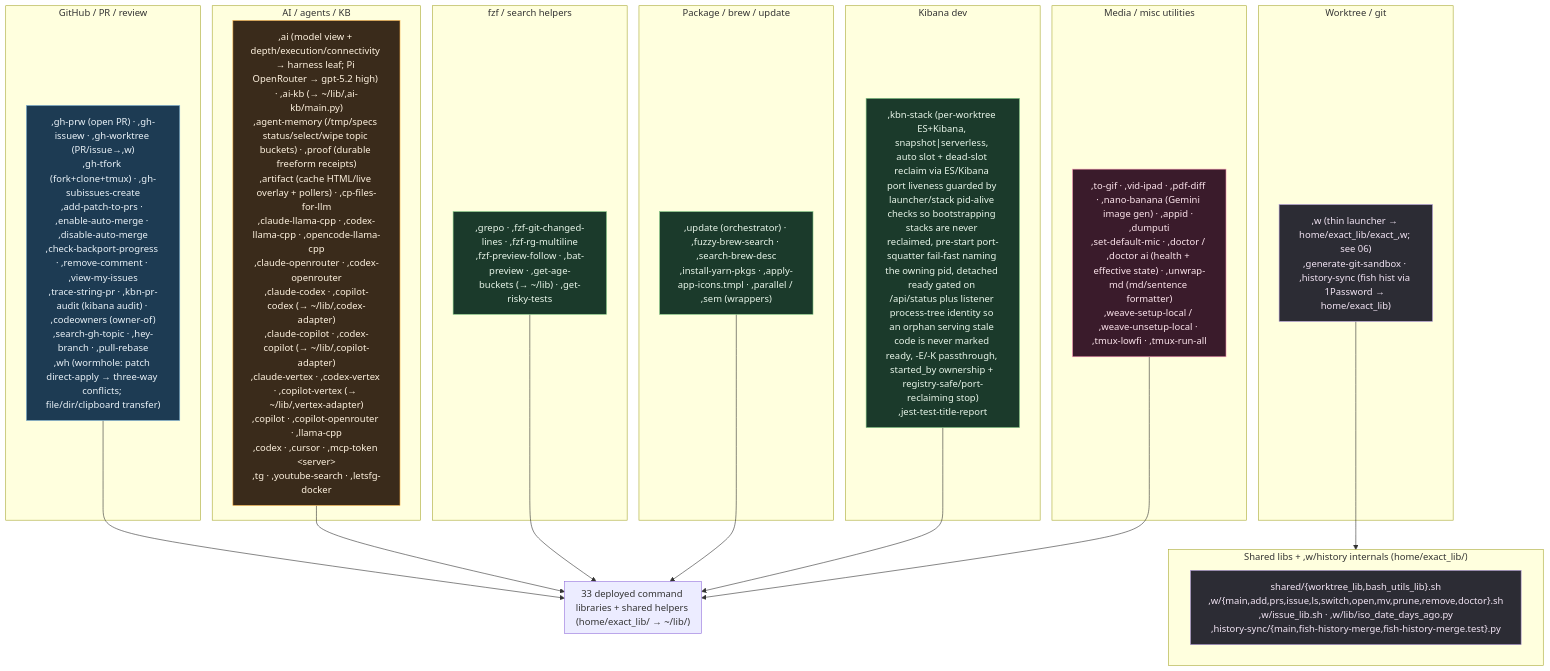
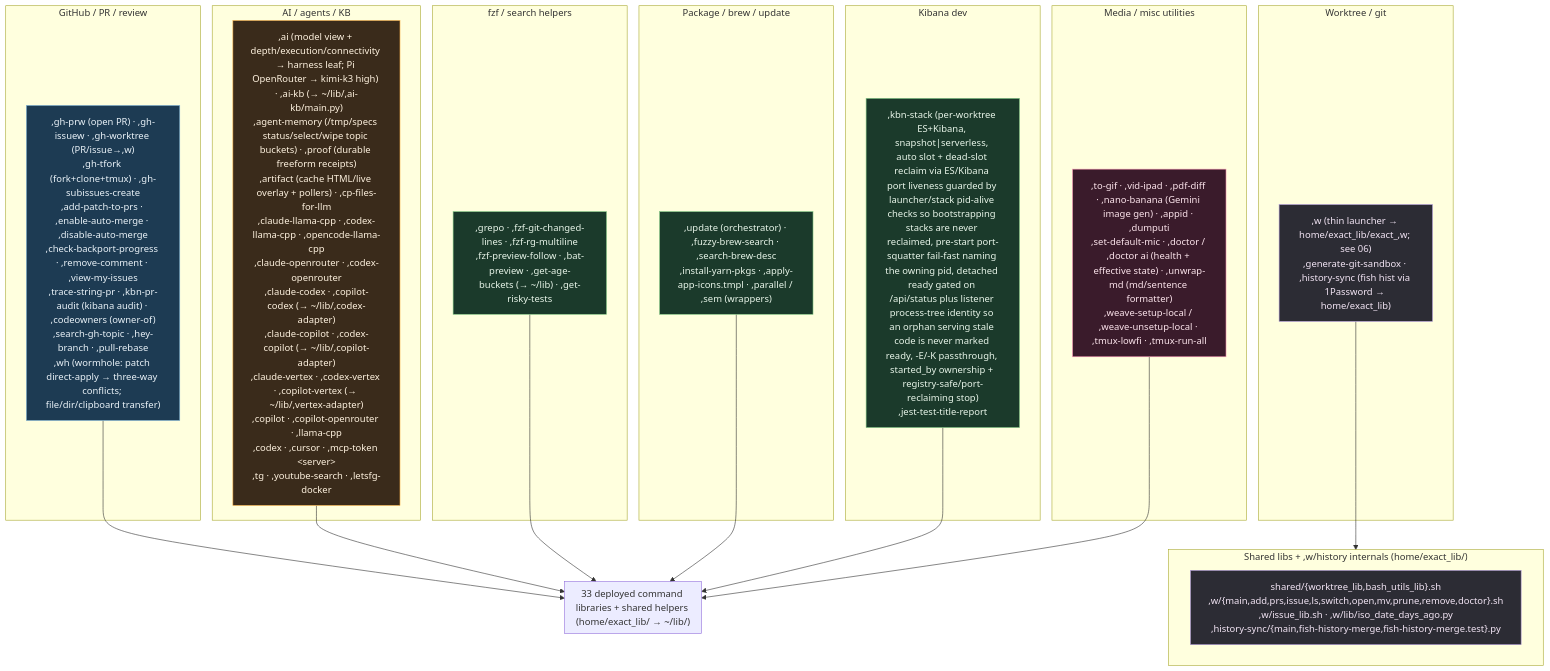
One commit to kapral18/dotfiles changed the diagram in .mermaids/07c-bin-commands.mmd. Above: the diagram before and after it, drawn with Mermaid. The commit also changed 76 other files, not shown here.

First line of the commit message:
feat(ai-models): retier model bands and refresh harness model registry

```diff
--- a/.mermaids/07c-bin-commands.mmd
+++ b/.mermaids/07c-bin-commands.mmd
@@ -1,55 +1,55 @@
 %% ============================================================================
 %% 07c-bin-commands.mmd — Every thin command in home/exact_bin/ (77 thin commands)
 %% plus deployed internals in home/exact_lib/ (73 command/shared library files).
 %% executable_,* → ~/bin/,* (comma-prefixed user commands); home/exact_lib/exact_,name/
 %% → ~/lib/,name/. verify-bin-surface keeps each command covered by fish
 %% completions, docs, catalog, and non-orphaned command libraries.
 %% ============================================================================
 flowchart TB
     classDef gh fill:#1d3b53,stroke:#7fb3d5,color:#eaf2f8;
     classDef wt fill:#2c2c34,stroke:#b39ddb,color:#f3e5f5;
     classDef ai fill:#3a2b1b,stroke:#ffb74d,color:#fff3e0;
     classDef media fill:#3a1b2b,stroke:#f48fb1,color:#fce4ec;
     classDef sys fill:#1b3a2b,stroke:#81c784,color:#e8f5e9;
 
     subgraph GHC["GitHub / PR / review"]
         G[",gh-prw (open PR) · ,gh-issuew · ,gh-worktree (PR/issue→,w)<br/>,gh-tfork (fork+clone+tmux) · ,gh-subissues-create<br/>,add-patch-to-prs · ,enable-auto-merge · ,disable-auto-merge<br/>,check-backport-progress · ,remove-comment · ,view-my-issues<br/>,trace-string-pr · ,kbn-pr-audit (kibana audit) · ,codeowners (owner-of)<br/>,search-gh-topic · ,hey-branch · ,pull-rebase<br/>,wh (wormhole: patch direct-apply → three-way conflicts; file/dir/clipboard transfer)"]:::gh
     end
 
     subgraph WTC["Worktree / git"]
         W[",w (thin launcher → home/exact_lib/exact_,w; see 06)<br/>,generate-git-sandbox · ,history-sync (fish hist via 1Password → home/exact_lib)"]:::wt
     end
 
     subgraph AIC["AI / agents / KB"]
-        A[",ai (model view + depth/execution/connectivity → harness leaf; Pi OpenRouter → gpt-5.2 high) · ,ai-kb (→ ~/lib/,ai-kb/main.py)<br/>,agent-memory (/tmp/specs status/select/wipe topic buckets) · ,proof (durable freeform receipts)<br/>,artifact (cache HTML/live overlay + pollers) · ,cp-files-for-llm<br/>,claude-llama-cpp · ,codex-llama-cpp · ,opencode-llama-cpp<br/>,claude-openrouter · ,codex-openrouter<br/>,claude-codex · ,copilot-codex (→ ~/lib/,codex-adapter)<br/>,claude-copilot · ,codex-copilot (→ ~/lib/,copilot-adapter)<br/>,claude-vertex · ,codex-vertex · ,copilot-vertex (→ ~/lib/,vertex-adapter)<br/>,copilot · ,copilot-openrouter · ,llama-cpp<br/>,codex · ,cursor · ,mcp-token &lt;server&gt;<br/>,tg · ,youtube-search · ,letsfg-docker"]:::ai
+        A[",ai (model view + depth/execution/connectivity → harness leaf; Pi OpenRouter → kimi-k3 high) · ,ai-kb (→ ~/lib/,ai-kb/main.py)<br/>,agent-memory (/tmp/specs status/select/wipe topic buckets) · ,proof (durable freeform receipts)<br/>,artifact (cache HTML/live overlay + pollers) · ,cp-files-for-llm<br/>,claude-llama-cpp · ,codex-llama-cpp · ,opencode-llama-cpp<br/>,claude-openrouter · ,codex-openrouter<br/>,claude-codex · ,copilot-codex (→ ~/lib/,codex-adapter)<br/>,claude-copilot · ,codex-copilot (→ ~/lib/,copilot-adapter)<br/>,claude-vertex · ,codex-vertex · ,copilot-vertex (→ ~/lib/,vertex-adapter)<br/>,copilot · ,copilot-openrouter · ,llama-cpp<br/>,codex · ,cursor · ,mcp-token &lt;server&gt;<br/>,tg · ,youtube-search · ,letsfg-docker"]:::ai
     end
 
     subgraph FZFC["fzf / search helpers"]
         F[",grepo · ,fzf-git-changed-lines · ,fzf-rg-multiline<br/>,fzf-preview-follow · ,bat-preview · ,get-age-buckets (→ ~/lib) · ,get-risky-tests"]:::sys
     end
 
     subgraph PKGC["Package / brew / update"]
         P[",update (orchestrator) · ,fuzzy-brew-search · ,search-brew-desc<br/>,install-yarn-pkgs · ,apply-app-icons.tmpl · ,parallel / ,sem (wrappers)"]:::sys
     end
 
     subgraph KBNC["Kibana dev"]
         K[",kbn-stack (per-worktree ES+Kibana, snapshot|serverless, auto slot + dead-slot reclaim via ES/Kibana port liveness guarded by launcher/stack pid-alive checks so bootstrapping stacks are never reclaimed, pre-start port-squatter fail-fast naming the owning pid, detached ready gated on /api/status plus listener process-tree identity so an orphan serving stale code is never marked ready, -E/-K passthrough, started_by ownership + registry-safe/port-reclaiming stop)<br/>,jest-test-title-report"]:::sys
     end
 
     subgraph MEDIA["Media / misc utilities"]
         M[",to-gif · ,vid-ipad · ,pdf-diff · ,nano-banana (Gemini image gen) · ,appid · ,dumputi<br/>,set-default-mic · ,doctor / ,doctor ai (health + effective state) · ,unwrap-md (md/sentence formatter)<br/>,weave-setup-local / ,weave-unsetup-local · ,tmux-lowfi · ,tmux-run-all"]:::media
     end
 
     subgraph LIBS["Shared libs + ,w/history internals (home/exact_lib/)"]
         L["shared/{worktree_lib,bash_utils_lib}.sh<br/>,w/{main,add,prs,issue,ls,switch,open,mv,prune,remove,doctor}.sh<br/>,w/issue_lib.sh · ,w/lib/iso_date_days_ago.py<br/>,history-sync/{main,fish-history-merge,fish-history-merge.test}.py"]:::wt
     end
     W --> LIBS
 
     subgraph CMDLIBS["33 deployed command libraries + shared helpers (home/exact_lib/ → ~/lib/)"]
     end
     G --> CMDLIBS
     A --> CMDLIBS
     F --> CMDLIBS
     P --> CMDLIBS
     K --> CMDLIBS
     M --> CMDLIBS
```
